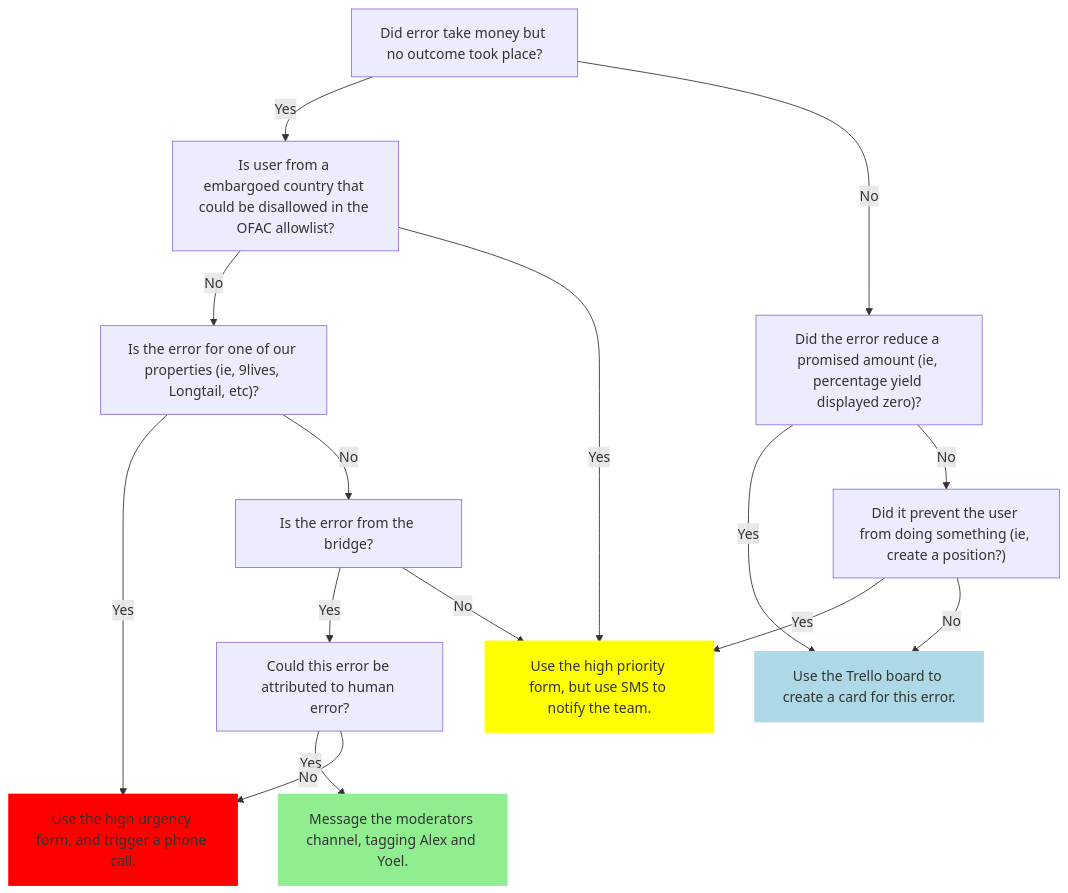
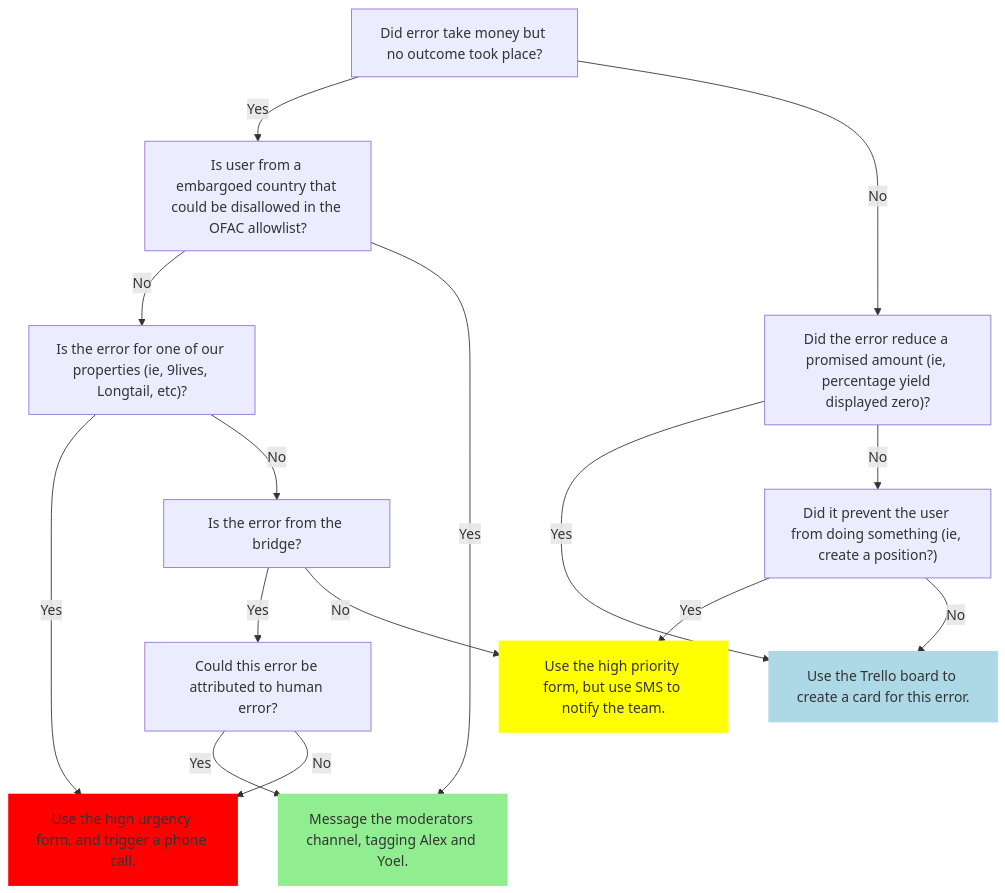
The diagram in README.md (fluidity-money/escalation-policy), drawn with Mermaid before and after one commit.

Commit message:
Update OFAC step

````diff
--- a/README.md
+++ b/README.md
@@ -4,30 +4,30 @@
 ```mermaid
 flowchart TD
   style UseHighUrgencyFormEnableCall fill:red,stroke:red,stroke-width:4px,bold
   style UseHighUrgencyFormSMSOnly fill:yellow,stroke:yellow,stroke-width:4px,bold
   style UseTrello fill:lightblue,stroke:lightblue,stroke-width:4px,bold
   style MessageModeratorsChannel fill:lightgreen,stroke:lightgreen,stroke-width:4px,bold
 
   DidErrorTakeMoney[Did error take money but no outcome took place?] -->
   |Yes| IsUserEmbargoed[Is user from a embargoed country that could be disallowed in the OFAC allowlist?] -->
   |No| IsErrorForOneOfOurs["Is the error for one of our properties (ie, 9lives, Longtail, etc)?"] -->
   |Yes| UseHighUrgencyFormEnableCall[Use the high urgency form, and trigger a phone call.]
 
-  IsUserEmbargoed -->|Yes| UseHighUrgencyFormSMSOnly[Use the high priority form, but use SMS to notify the team.]
+  IsUserEmbargoed -->|Yes| MessageModeratorsChannel
 
   IsErrorForOneOfOurs -->|No| IsErrorForBridge[Is the error from the bridge?]
   --> |Yes| CouldErrorBeReasonablyAttributedToHumanErrorBridge[Could this error be attributed to human error?]
   --> |Yes| MessageModeratorsChannel[Message the moderators channel, tagging Alex and Yoel.]
-  IsErrorForBridge -->|No| UseHighUrgencyFormSMSOnly
+  IsErrorForBridge -->|No| UseHighUrgencyFormSMSOnly[Use the high priority form, but use SMS to notify the team.]
 
   CouldErrorBeReasonablyAttributedToHumanErrorBridge -->|No| UseHighUrgencyFormEnableCall
 
   DidErrorTakeMoney -->
   |No| DidErrorReducePromisedAmount["Did the error reduce a promised amount (ie, percentage yield displayed zero)?"] -->
   |Yes| UseTrello[Use the Trello board to create a card for this error.]
 
   DidErrorReducePromisedAmount -->
   |No| DidItPreventTheAction["Did it prevent the user from doing something (ie, create a position?)"] -->
   |Yes| UseHighUrgencyFormSMSOnly
   DidItPreventTheAction -->|No| UseTrello
 ```
````
